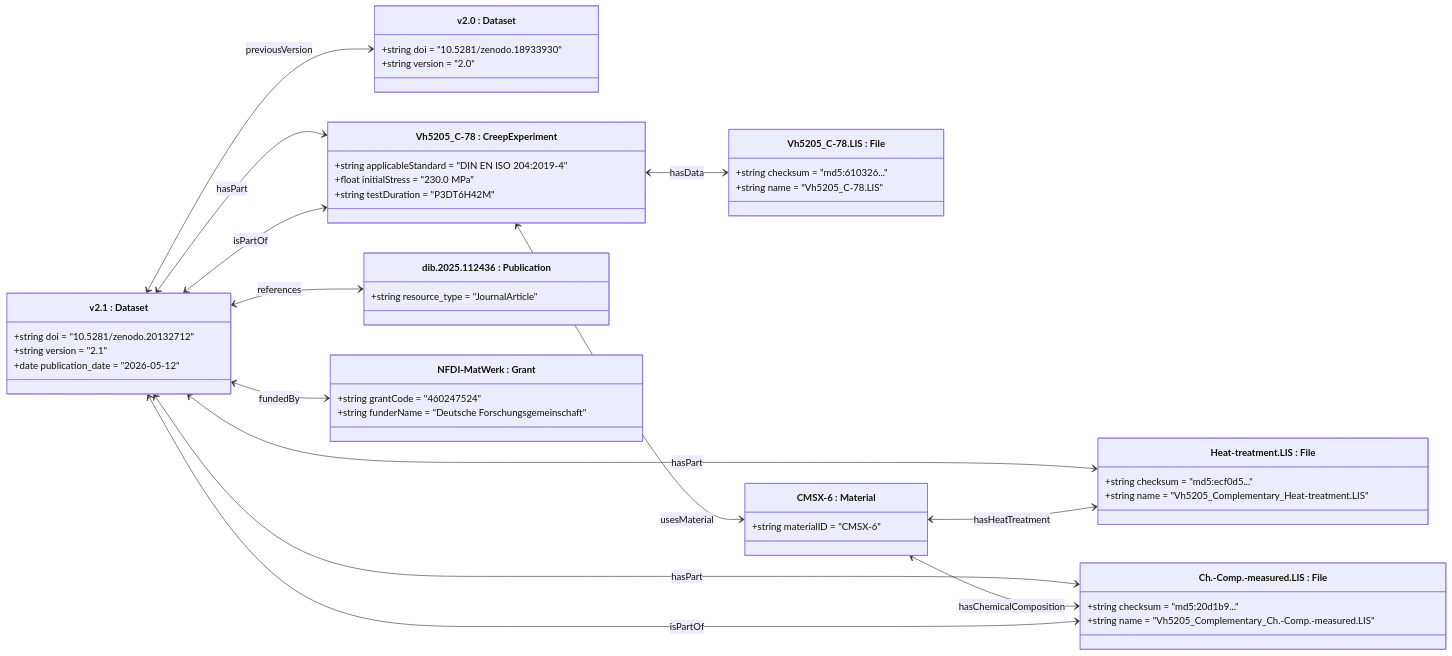
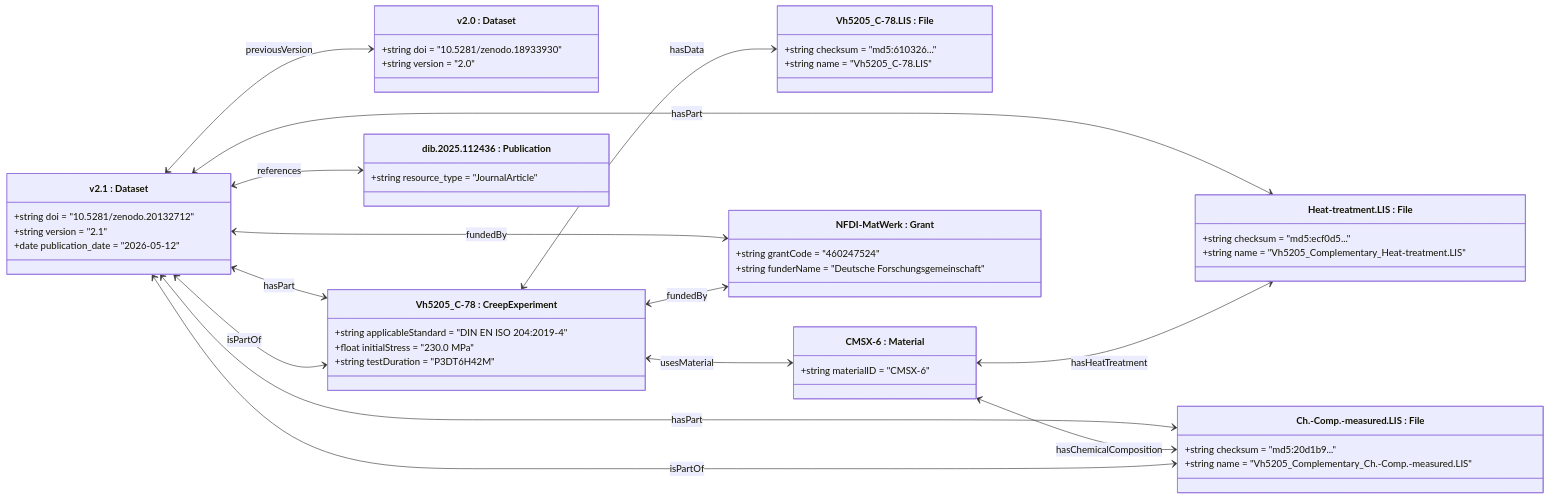
Before and after one commit to maximiliani/fdo-usecases: the third of 5 diagrams in src/fdo_usecases/usecases/bam_creep_reference/README.md, drawn with Mermaid. The commit also changed other lines of this file, not shown here.

Commit message:
docs(bam): document experiment funding in domain model

````diff
--- a/src/fdo_usecases/usecases/bam_creep_reference/README.md
+++ b/src/fdo_usecases/usecases/bam_creep_reference/README.md
@@ -144,54 +145,55 @@
 ```mermaid
 classDiagram
     direction LR
 
     class v2_1["v2.1 : Dataset"] {
         +string doi = "10.5281/zenodo.20132712"
         +string version = "2.1"
         +date publication_date = "2026-05-12"
     }
     class v2_0["v2.0 : Dataset"] {
         +string doi = "10.5281/zenodo.18933930"
         +string version = "2.0"
     }
     class f_chem["Ch.-Comp.-measured.LIS : File"] {
         +string checksum = "md5:20d1b9..."
         +string name = "Vh5205_Complementary_Ch.-Comp.-measured.LIS"
     }
     class f_ht["Heat-treatment.LIS : File"] {
         +string checksum = "md5:ecf0d5..."
         +string name = "Vh5205_Complementary_Heat-treatment.LIS"
     }
     class f_data["Vh5205_C-78.LIS : File"] {
         +string checksum = "md5:610326..."
         +string name = "Vh5205_C-78.LIS"
     }
     class mat["CMSX-6 : Material"] {
         +string materialID = "CMSX-6"
     }
     class exp["Vh5205_C-78 : CreepExperiment"] {
         +string applicableStandard = "DIN EN ISO 204:2019-4"
         +float initialStress = "230.0 MPa"
         +string testDuration = "P3DT6H42M"
     }
     class pub["dib.2025.112436 : Publication"] {
         +string resource_type = "JournalArticle"
     }
     class grant["NFDI-MatWerk : Grant"] {
         +string grantCode = "460247524"
         +string funderName = "Deutsche Forschungsgemeinschaft"
     }
 
     v2_1 <--> v2_0 : previousVersion
     v2_1 <--> f_chem : hasPart
     v2_1 <--> f_ht : hasPart
     v2_1 <--> exp : hasPart
     v2_1 <--> grant : fundedBy
+    exp <--> grant : fundedBy
     v2_1 <--> pub : references
     f_chem <--> v2_1 : isPartOf
     mat <--> f_chem : hasChemicalComposition
     mat <--> f_ht : hasHeatTreatment
     exp <--> mat : usesMaterial
     exp <--> f_data : hasData
     exp <--> v2_1 : isPartOf
 ```
````
